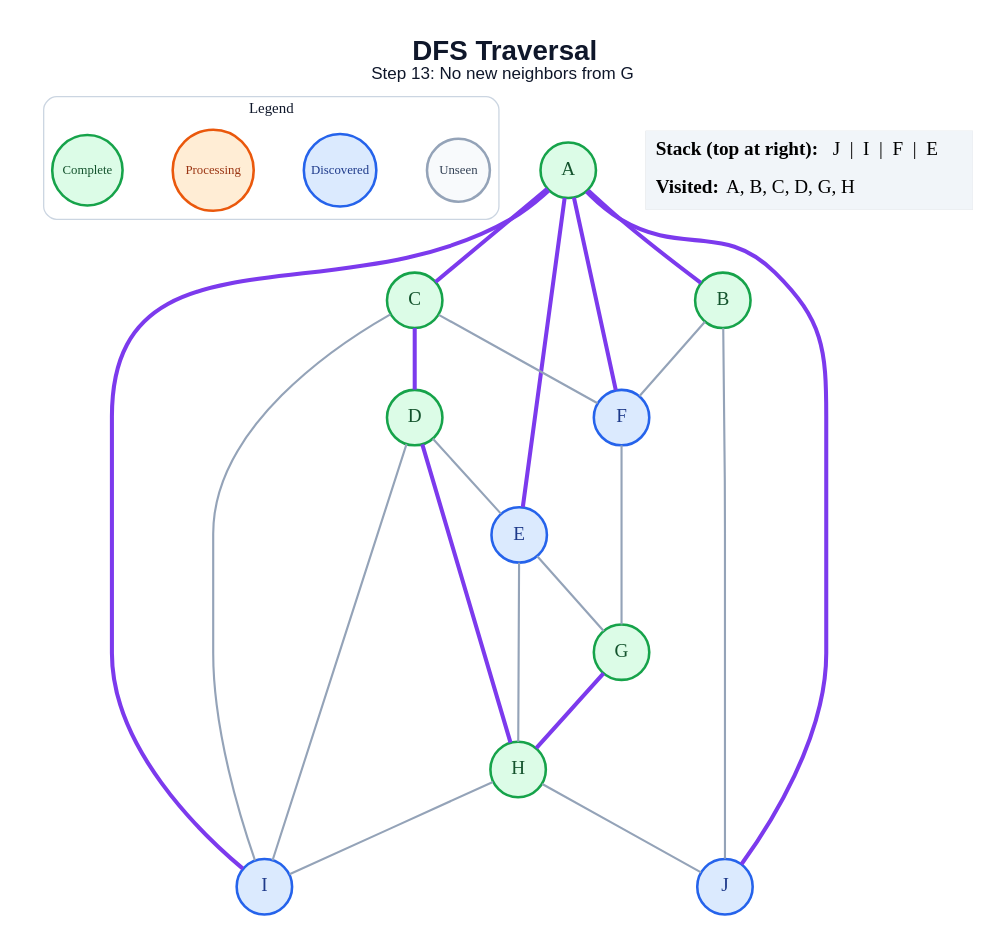
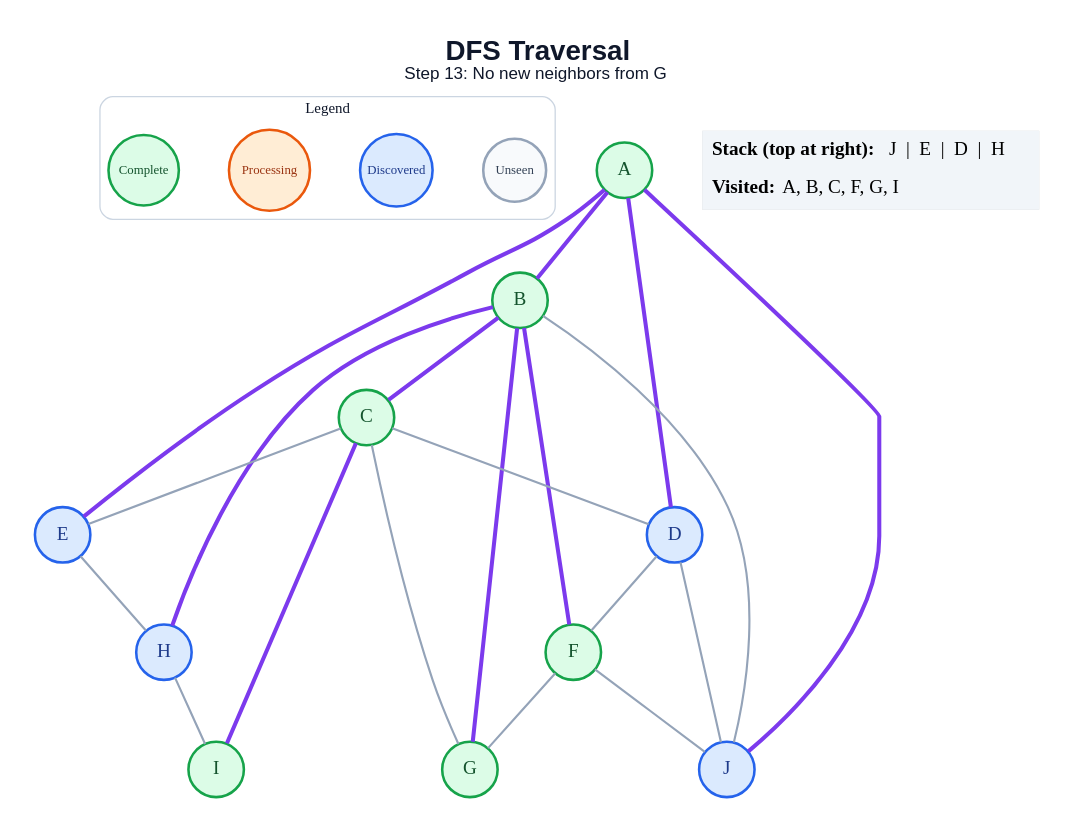
One commit to anon7238593-create/ai-slop changed the diagram in generated/dfs/step_13.dot. Above: the diagram before and after it, drawn with Graphviz. The commit also changed 171 other files, not shown here.

```diff
--- a/generated/dfs/step_13.dot
+++ b/generated/dfs/step_13.dot
@@ -1,49 +1,48 @@
 graph traversal {
   graph [layout=dot, rankdir=TB, bgcolor="#FFFFFF", pad="0.35", nodesep="0.65", ranksep="0.8", fontname="Arial"];
   node [shape=circle, style="filled", fontname="Arial Bold", fontsize=18, width=0.72, fixedsize=true, penwidth=2.4];
   edge [color="#94A3B8", penwidth=2.0];
   label=<<B>DFS Traversal</B><BR/><FONT POINT-SIZE="16">Step 13: No new neighbors from G</FONT>>; labelloc="t"; fontsize=26; fontname="Arial"; fontcolor="#0F172A";
   subgraph cluster_legend { label="Legend"; color="#CBD5E1"; penwidth=1.2; style="rounded"; fontsize=14; fontname="Arial Bold";
     key_unseen [label="Unseen", fillcolor="#F8FAFC", color="#94A3B8", fontcolor="#334155", fontsize=12, width=0.82];
     key_frontier [label="Discovered", fillcolor="#DBEAFE", color="#2563EB", fontcolor="#1E3A8A", fontsize=12, width=0.95];
     key_current [label="Processing", fillcolor="#FFEDD5", color="#EA580C", fontcolor="#9A3412", fontsize=12, width=1.05];
     key_done [label="Complete", fillcolor="#DCFCE7", color="#16A34A", fontcolor="#14532D", fontsize=12, width=0.92];
     { rank=same; key_unseen; key_frontier; key_current; key_done; }
   }
   A [fillcolor="#DCFCE7", color="#16A34A", fontcolor="#14532D"];
   B [fillcolor="#DCFCE7", color="#16A34A", fontcolor="#14532D"];
   C [fillcolor="#DCFCE7", color="#16A34A", fontcolor="#14532D"];
-  D [fillcolor="#DCFCE7", color="#16A34A", fontcolor="#14532D"];
+  D [fillcolor="#DBEAFE", color="#2563EB", fontcolor="#1E3A8A"];
   E [fillcolor="#DBEAFE", color="#2563EB", fontcolor="#1E3A8A"];
-  F [fillcolor="#DBEAFE", color="#2563EB", fontcolor="#1E3A8A"];
+  F [fillcolor="#DCFCE7", color="#16A34A", fontcolor="#14532D"];
   G [fillcolor="#DCFCE7", color="#16A34A", fontcolor="#14532D"];
-  H [fillcolor="#DCFCE7", color="#16A34A", fontcolor="#14532D"];
-  I [fillcolor="#DBEAFE", color="#2563EB", fontcolor="#1E3A8A"];
+  H [fillcolor="#DBEAFE", color="#2563EB", fontcolor="#1E3A8A"];
+  I [fillcolor="#DCFCE7", color="#16A34A", fontcolor="#14532D"];
   J [fillcolor="#DBEAFE", color="#2563EB", fontcolor="#1E3A8A"];
   A -- B [color="#7C3AED", penwidth=3.8];
-  A -- C [color="#7C3AED", penwidth=3.8];
+  A -- D [color="#7C3AED", penwidth=3.8];
   A -- E [color="#7C3AED", penwidth=3.8];
-  A -- F [color="#7C3AED", penwidth=3.8];
-  A -- I [color="#7C3AED", penwidth=3.8];
   A -- J [color="#7C3AED", penwidth=3.8];
-  B -- F;
+  B -- C [color="#7C3AED", penwidth=3.8];
+  B -- F [color="#7C3AED", penwidth=3.8];
+  B -- G [color="#7C3AED", penwidth=3.8];
+  B -- H [color="#7C3AED", penwidth=3.8];
   B -- J;
-  C -- D [color="#7C3AED", penwidth=3.8];
-  C -- F;
-  C -- I;
-  D -- E;
-  D -- H [color="#7C3AED", penwidth=3.8];
-  D -- I;
-  E -- G;
+  C -- D;
+  C -- E;
+  C -- G;
+  C -- I [color="#7C3AED", penwidth=3.8];
+  D -- F;
+  D -- J;
   E -- H;
   F -- G;
-  G -- H [color="#7C3AED", penwidth=3.8];
+  F -- J;
   H -- I;
-  H -- J;
   status [shape=plain, fixedsize=false, width=0, height=0, margin=0, label=<
     <TABLE BORDER="0" CELLBORDER="0" CELLPADDING="7" BGCOLOR="#F1F5F9">
-      <TR><TD ALIGN="LEFT"><B>Stack (top at right):</B> J  |  I  |  F  |  E</TD></TR>
-      <TR><TD ALIGN="LEFT"><B>Visited:</B> A, B, C, D, G, H</TD></TR>
+      <TR><TD ALIGN="LEFT"><B>Stack (top at right):</B> J  |  E  |  D  |  H</TD></TR>
+      <TR><TD ALIGN="LEFT"><B>Visited:</B> A, B, C, F, G, I</TD></TR>
     </TABLE>
   >];
 }
```
